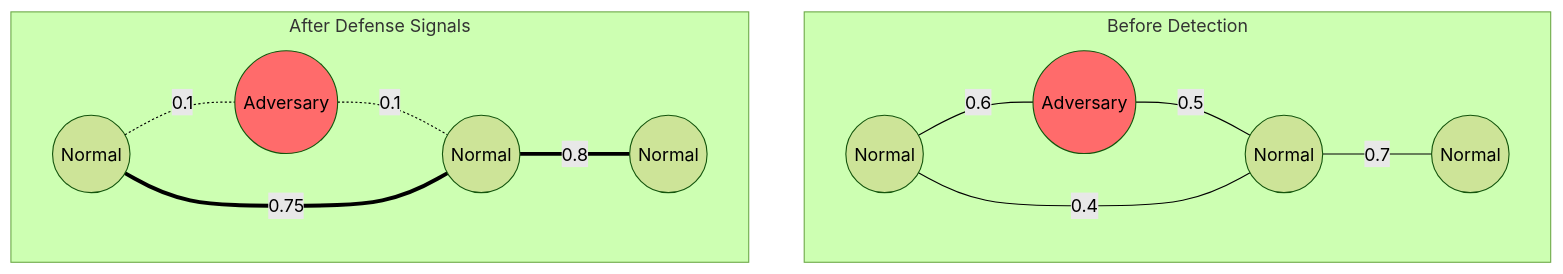
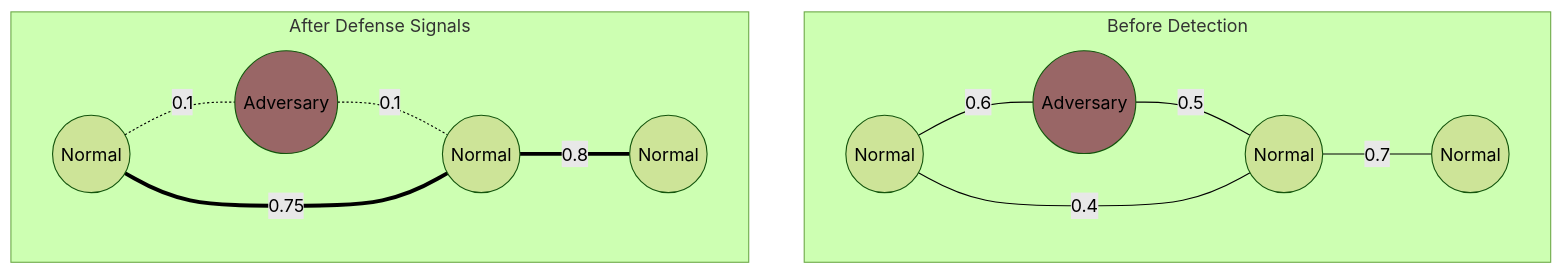
One commit to ScopeCreep-zip/Symbiont changed diagram 16 of 16 in docs/architecture/network.md. Above: the diagram before and after it, drawn with Mermaid (forest theme). The commit also changed other lines of this file and 17 other files, not shown here.

Commit message:
update to diagram colors

````diff
--- a/docs/architecture/network.md
+++ b/docs/architecture/network.md
@@ -564,29 +564,29 @@
 ```mermaid
 graph TB
     subgraph "Before Detection"
         B1((Normal))
         B2((Normal))
         BAD1((Adversary))
         B3((Normal))
 
         B1 ---|0.6| BAD1
         BAD1 ---|0.5| B2
         B2 ---|0.7| B3
         B1 ---|0.4| B2
     end
 
     subgraph "After Defense Signals"
         A1((Normal))
         A2((Normal))
         BAD2((Adversary))
         A3((Normal))
 
         A1 -.-|0.1| BAD2
         BAD2 -.-|0.1| A2
         A2 ===|0.8| A3
         A1 ===|0.75| A2
     end
 
-    style BAD1 fill:#FF6B6B
-    style BAD2 fill:#FF6B6B
+    style BAD1 fill:#996666
+    style BAD2 fill:#996666
 ```
````
